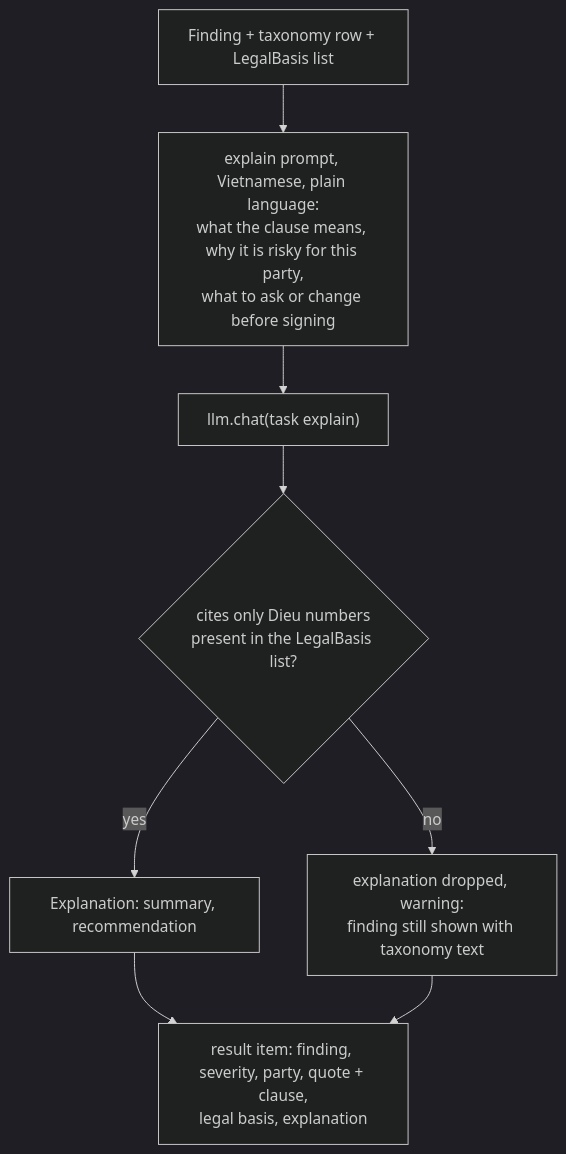
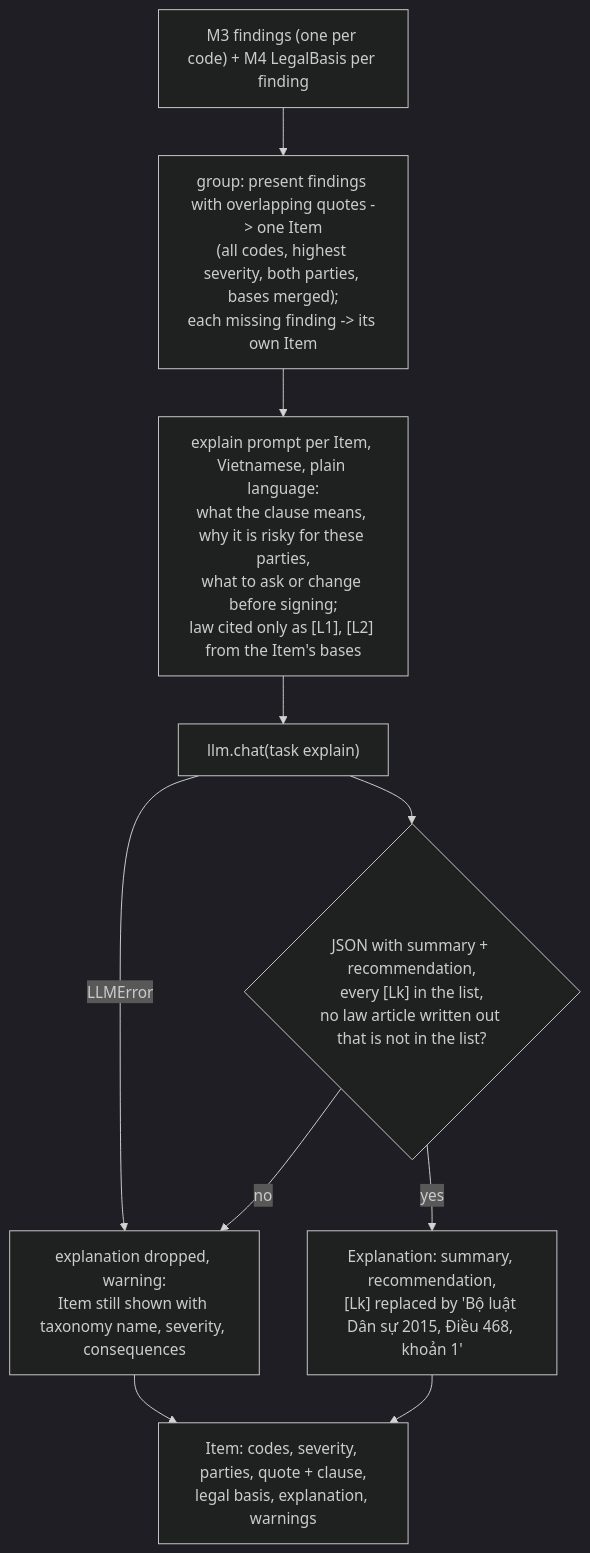
The diagram in docs/diagrams/m6_explain.mmd (hoanglax/ContractRiskAnalyzer), drawn with Mermaid (dark theme) before and after one commit. The commit also changed 7 other files, not shown here.

First line of the commit message:
feat: M6 explanation per clause, citing law only from its legal basis

```diff
--- a/docs/diagrams/m6_explain.mmd
+++ b/docs/diagrams/m6_explain.mmd
@@ -1,8 +1,10 @@
 graph TB
-    IN["Finding + taxonomy row + LegalBasis list"] --> P["explain prompt, Vietnamese, plain language:<br/>what the clause means, why it is risky for this party,<br/>what to ask or change before signing"]
+    IN["M3 findings (one per code) + M4 LegalBasis per finding"] --> GRP["group: present findings with overlapping quotes -> one Item<br/>(all codes, highest severity, both parties, bases merged);<br/>each missing finding -> its own Item"]
+    GRP --> P["explain prompt per Item, Vietnamese, plain language:<br/>what the clause means, why it is risky for these parties,<br/>what to ask or change before signing;<br/>law cited only as [L1], [L2] from the Item's bases"]
     P --> LLM["llm.chat(task explain)"]
-    LLM --> CHK{"cites only Dieu numbers<br/>present in the LegalBasis list?"}
-    CHK -->|no| WARN["explanation dropped, warning:<br/>finding still shown with taxonomy text"]
-    CHK -->|yes| EXP["Explanation: summary, recommendation"]
-    EXP --> OUT["result item: finding, severity, party, quote + clause,<br/>legal basis, explanation"]
+    LLM -->|"LLMError"| WARN
+    LLM --> CHK{"JSON with summary + recommendation,<br/>every [Lk] in the list,<br/>no law article written out that is not in the list?"}
+    CHK -->|no| WARN["explanation dropped, warning:<br/>Item still shown with taxonomy name, severity, consequences"]
+    CHK -->|yes| EXP["Explanation: summary, recommendation,<br/>[Lk] replaced by 'Bộ luật Dân sự 2015, Điều 468, khoản 1'"]
+    EXP --> OUT["Item: codes, severity, parties, quote + clause,<br/>legal basis, explanation, warnings"]
     WARN --> OUT
```
